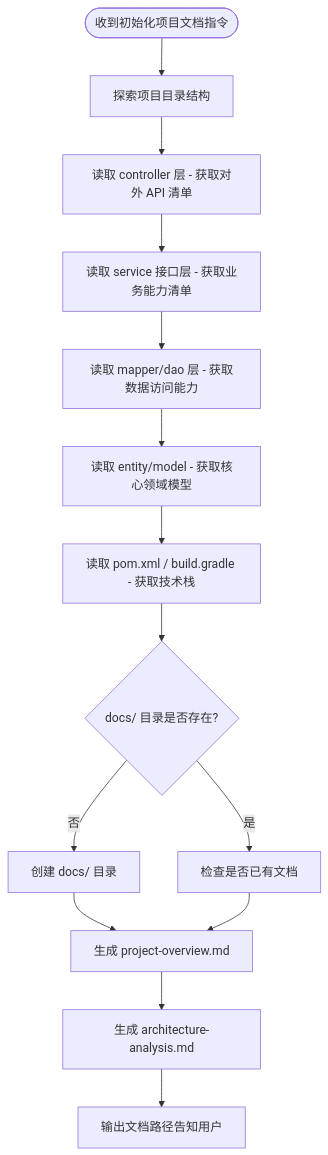
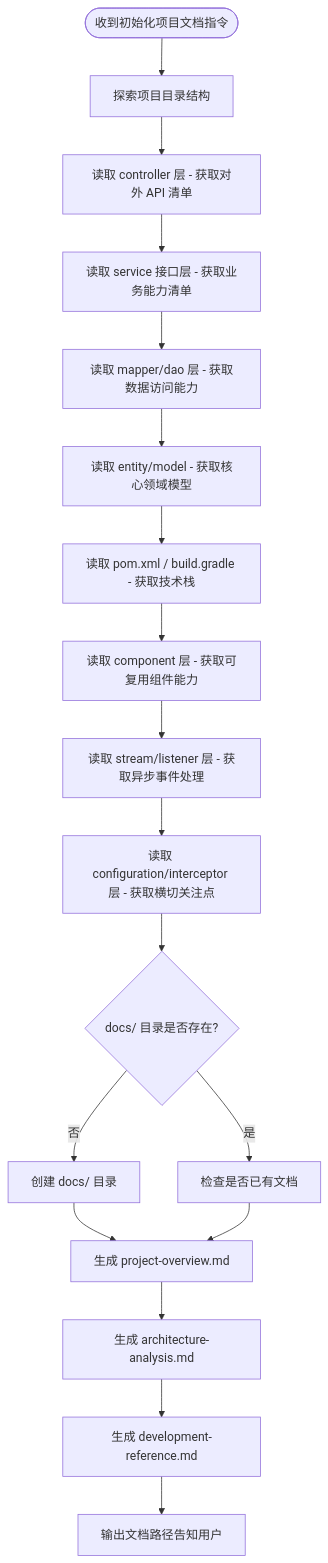
The diagram in skills/init-project-docs/SKILL.md (exception-coder/team-standards), drawn with Mermaid before and after one commit. The commit also changed other lines of this file and 13 other files, not shown here.

````diff
--- a/skills/init-project-docs/SKILL.md
+++ b/skills/init-project-docs/SKILL.md
@@ -20,16 +21,20 @@
 ```mermaid
 flowchart TD
     A([收到初始化项目文档指令]) --> B[探索项目目录结构]
     B --> C[读取 controller 层 - 获取对外 API 清单]
     C --> D[读取 service 接口层 - 获取业务能力清单]
     D --> E[读取 mapper/dao 层 - 获取数据访问能力]
     E --> F[读取 entity/model - 获取核心领域模型]
     F --> G[读取 pom.xml / build.gradle - 获取技术栈]
-    G --> H{docs/ 目录是否存在?}
+    G --> G2[读取 component 层 - 获取可复用组件能力]
+    G2 --> G3[读取 stream/listener 层 - 获取异步事件处理]
+    G3 --> G4[读取 configuration/interceptor 层 - 获取横切关注点]
+    G4 --> H{docs/ 目录是否存在?}
     H -->|否| I[创建 docs/ 目录]
     H -->|是| J[检查是否已有文档]
     I --> K[生成 project-overview.md]
     J --> K
     K --> L[生成 architecture-analysis.md]
-    L --> M[输出文档路径告知用户]
+    L --> L2[生成 development-reference.md]
+    L2 --> M[输出文档路径告知用户]
 ```
````
